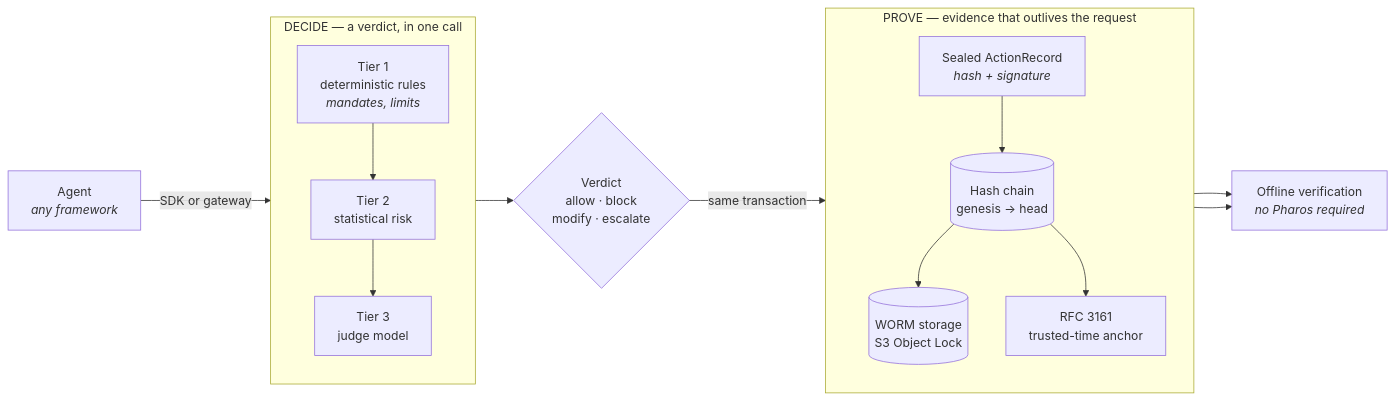
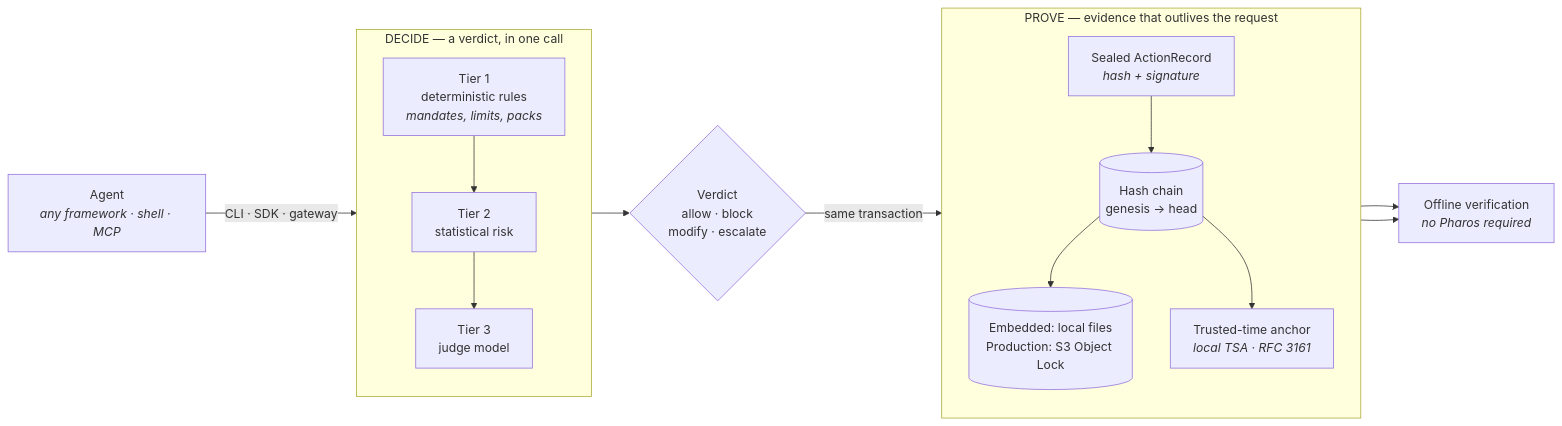
The diagram in README.md (Bobcatsfan33/Pharos), drawn with Mermaid before and after one commit. The commit also changed other lines of this file and 3 other files, not shown here.

````diff
--- a/README.md
+++ b/README.md
@@ -29,23 +57,23 @@
 ```mermaid
 flowchart LR
-    A["Agent<br/><i>any framework</i>"] -->|SDK or gateway| B
+    A["Agent<br/><i>any framework · shell · MCP</i>"] -->|CLI · SDK · gateway| B
 
     subgraph decide ["DECIDE — a verdict, in one call"]
         direction TB
-        B["Tier 1<br/>deterministic rules<br/><i>mandates, limits</i>"] --> C["Tier 2<br/>statistical risk"]
+        B["Tier 1<br/>deterministic rules<br/><i>mandates, limits, packs</i>"] --> C["Tier 2<br/>statistical risk"]
         C --> D["Tier 3<br/>judge model"]
     end
 
     D --> E{"Verdict<br/>allow · block<br/>modify · escalate"}
     E -->|same transaction| F["Sealed ActionRecord<br/><i>hash + signature</i>"]
 
     subgraph prove ["PROVE — evidence that outlives the request"]
         direction TB
         F --> G[("Hash chain<br/>genesis → head")]
-        G --> H[("WORM storage<br/>S3 Object Lock")]
-        G --> I["RFC 3161<br/>trusted-time anchor"]
+        G --> H[("Embedded: local files<br/>Production: S3 Object Lock")]
+        G --> I["Trusted-time anchor<br/><i>local TSA · RFC 3161</i>"]
     end
 
     H --> J["Offline verification<br/><i>no Pharos required</i>"]
     I --> J
 ```
````
